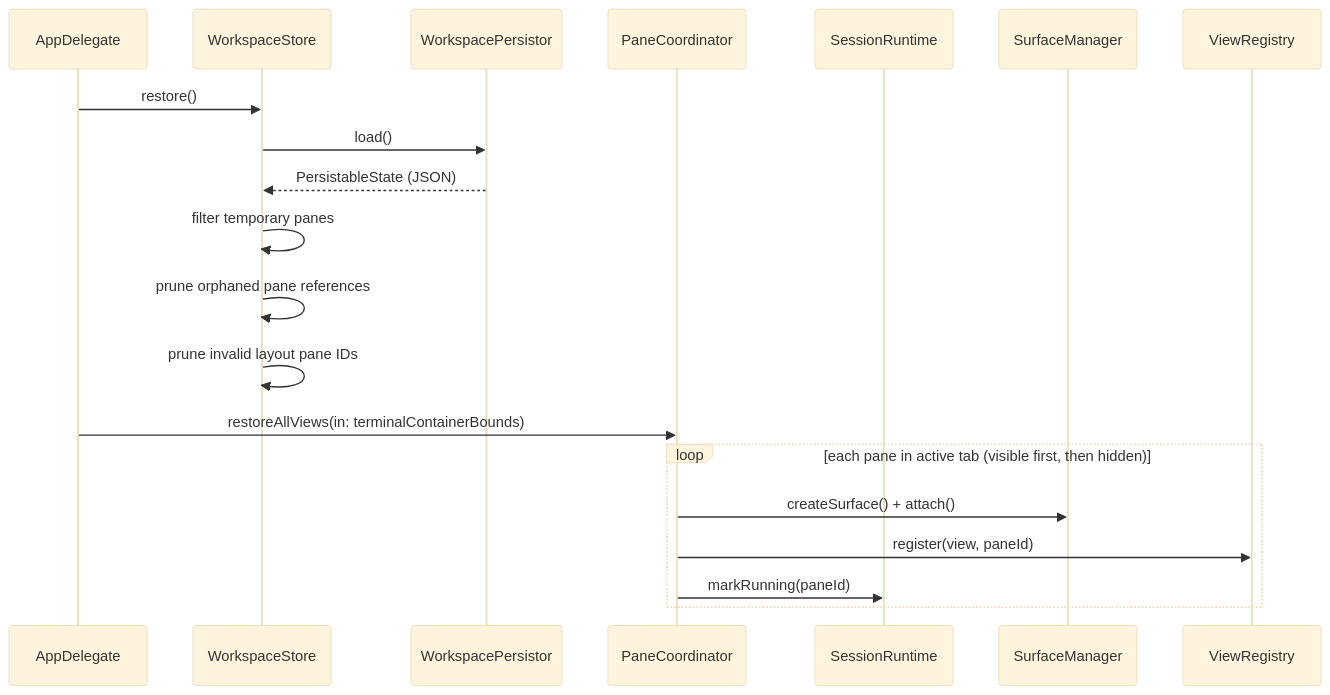
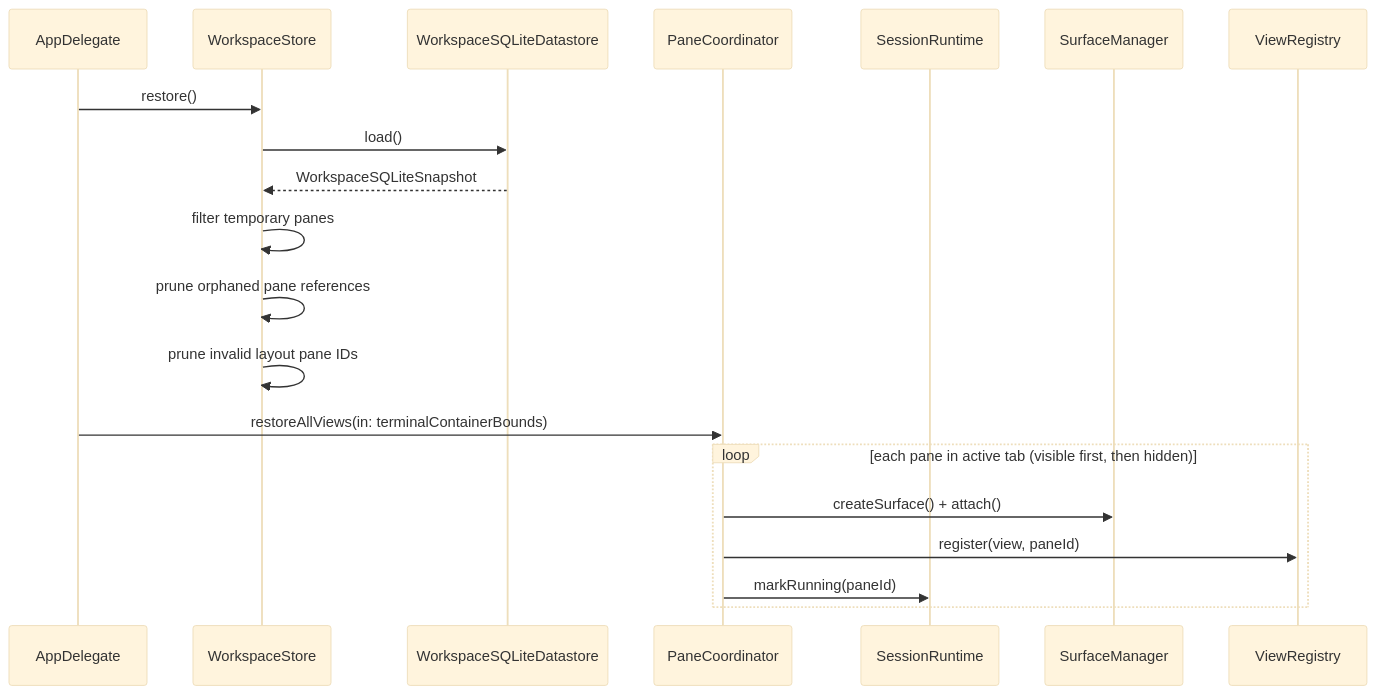
The third of 3 diagrams in docs/architecture/component_architecture.md (ShravanSunder/agentstudio), drawn with Mermaid (base theme) before and after one commit. The commit also changed other lines of this file and 8 other files, not shown here.

````diff
--- a/docs/architecture/component_architecture.md
+++ b/docs/architecture/component_architecture.md
@@ -951,24 +954,24 @@
 ```mermaid
 sequenceDiagram
     participant AD as AppDelegate
     participant Store as WorkspaceStore
-    participant P as WorkspacePersistor
+    participant DB as WorkspaceSQLiteDatastore
     participant Coord as PaneCoordinator
     participant RT as SessionRuntime
     participant SM as SurfaceManager
     participant VR as ViewRegistry
 
     AD->>Store: restore()
-    Store->>P: load()
-    P-->>Store: PersistableState (JSON)
+    Store->>DB: load()
+    DB-->>Store: WorkspaceSQLiteSnapshot
     Store->>Store: filter temporary panes
     Store->>Store: prune orphaned pane references
     Store->>Store: prune invalid layout pane IDs
 
     AD->>Coord: restoreAllViews(in: terminalContainerBounds)
     loop each pane in active tab (visible first, then hidden)
         Coord->>SM: createSurface() + attach()
         Coord->>VR: register(view, paneId)
         Coord->>RT: markRunning(paneId)
     end
 ```
````
